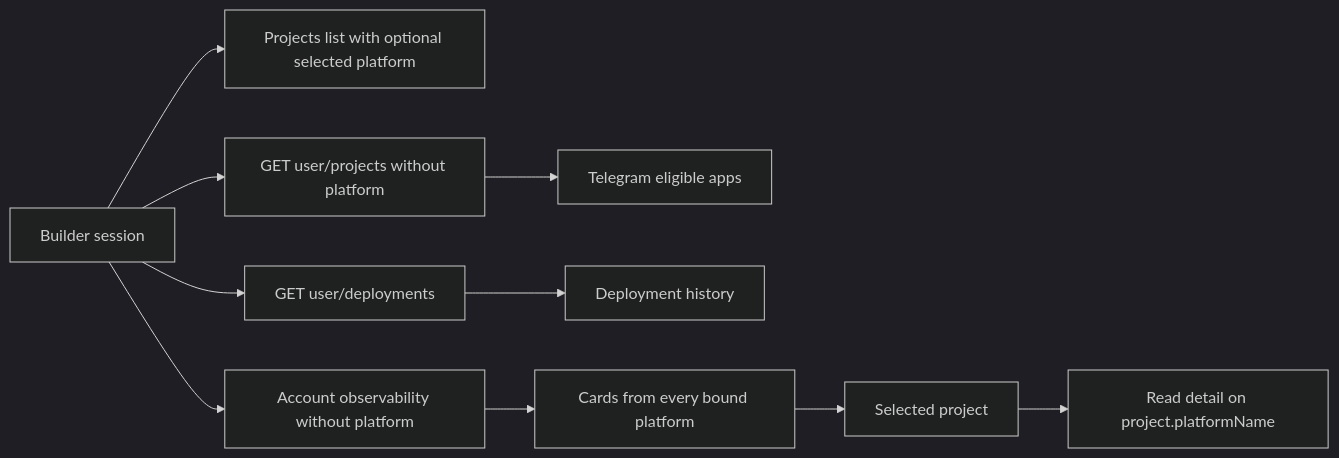
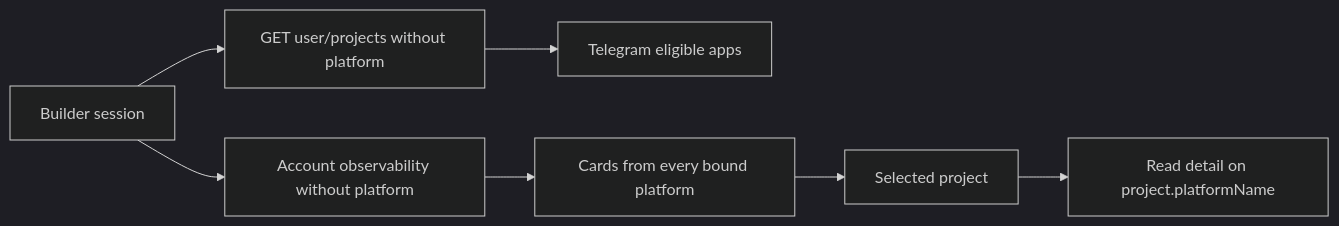
The diagram in docs/topics/deploy/facts/projects.md (aomi-labs/aomi), drawn with Mermaid (dark theme) before and after one commit. The commit also changed other lines of this file and 118 other files, not shown here.

First line of the commit message:
refactor(build): remove the native deploy editor and deployment history

````diff
--- a/docs/topics/deploy/facts/projects.md
+++ b/docs/topics/deploy/facts/projects.md
@@ -49,12 +52,9 @@
 ```mermaid
 flowchart LR
-    B["Builder session"] --> PL["Projects list with optional selected platform"]
-    B --> P["GET user/projects without platform"]
+    B["Builder session"] --> P["GET user/projects without platform"]
     P --> BOT["Telegram eligible apps"]
-    B --> D["GET user/deployments"]
-    D --> DL["Deployment history"]
     B --> O["Account observability without platform"]
     O --> OC["Cards from every bound platform"]
     OC --> S["Selected project"]
     S --> BP["Read detail on project.platformName"]
 ```
````
